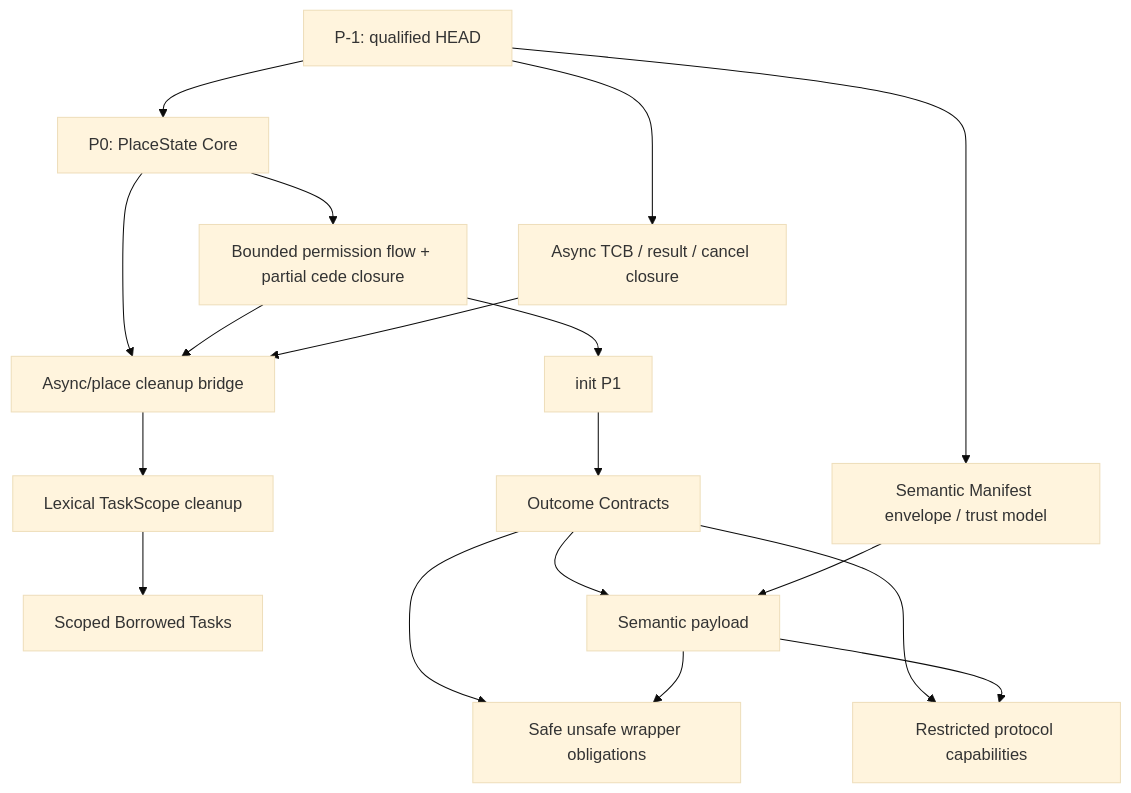
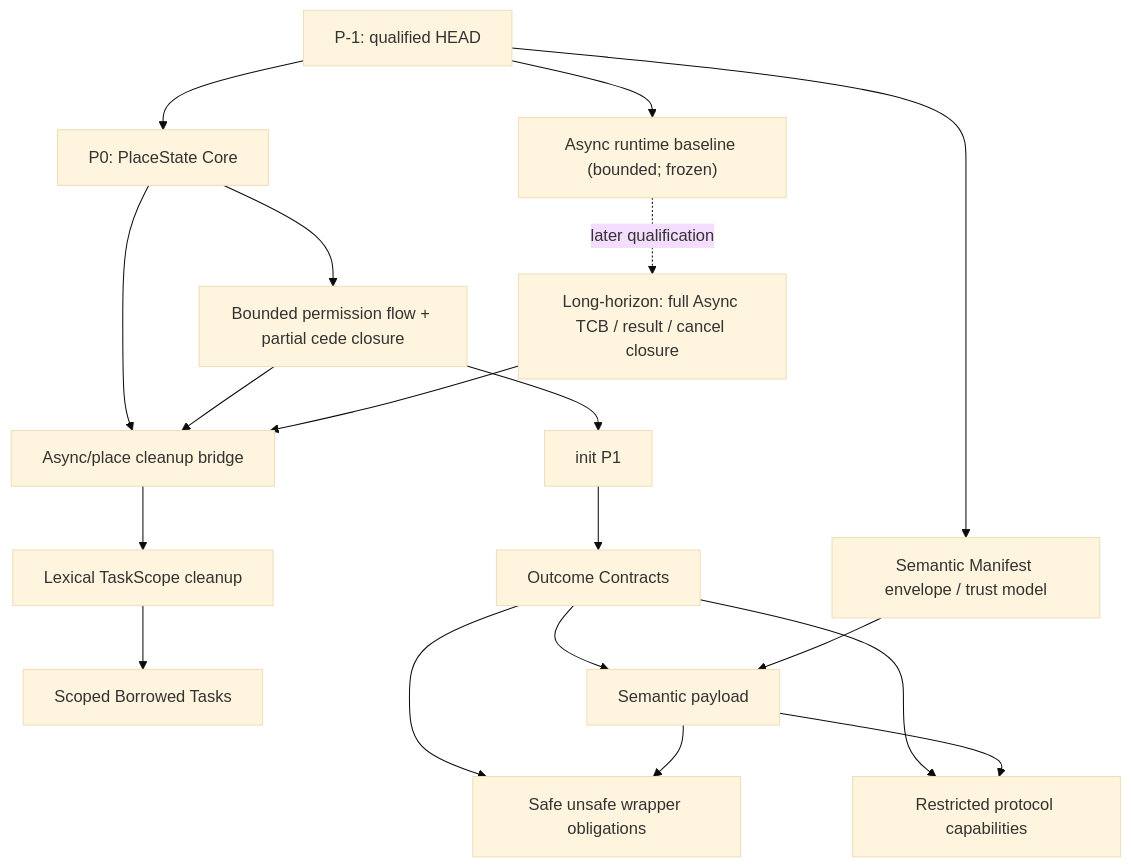
One commit to tokalang/toka changed the diagram in docs/semantic_core/semantic_contract_evolution_roadmap_rfc.md. Above: the diagram before and after it, drawn with Mermaid (base theme). The commit also changed other lines of this file and 1 other file, not shown here.

Commit message:
docs(roadmap): freeze async runtime baseline

````diff
--- a/docs/semantic_core/semantic_contract_evolution_roadmap_rfc.md
+++ b/docs/semantic_core/semantic_contract_evolution_roadmap_rfc.md
@@ -173,29 +173,31 @@
 ```mermaid
 flowchart TD
     Q["P-1: qualified HEAD"]
     PS["P0: PlaceState Core"]
     PF["Bounded permission flow + partial cede closure"]
     IN["init P1"]
     OC["Outcome Contracts"]
-    AS["Async TCB / result / cancel closure"]
+    RB["Async runtime baseline (bounded; frozen)"]
+    AS["Long-horizon: full Async TCB / result / cancel closure"]
     AB["Async/place cleanup bridge"]
     TS["Lexical TaskScope cleanup"]
     SB["Scoped Borrowed Tasks"]
     ME["Semantic Manifest envelope / trust model"]
     MP["Semantic payload"]
     UW["Safe unsafe wrapper obligations"]
     PC["Restricted protocol capabilities"]
 
     Q --> PS --> PF --> IN --> OC
-    Q --> AS
+    Q --> RB
+    RB -. later qualification .-> AS
     PS --> AB
     PF --> AB
     AS --> AB --> TS --> SB
     Q --> ME
     OC --> MP
     ME --> MP
     OC --> UW
     MP --> UW
     OC --> PC
     MP --> PC
 ```
````
